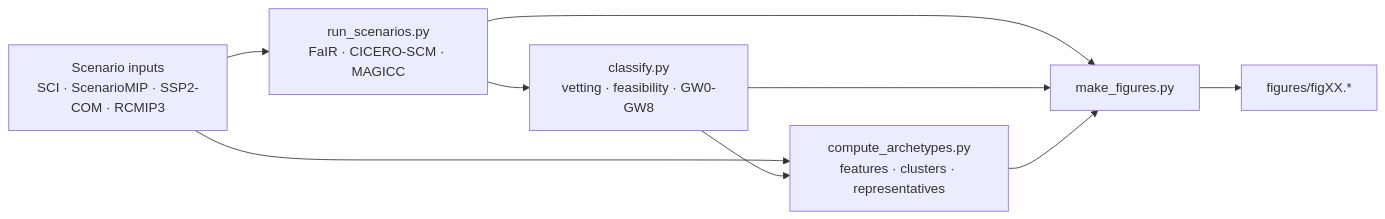
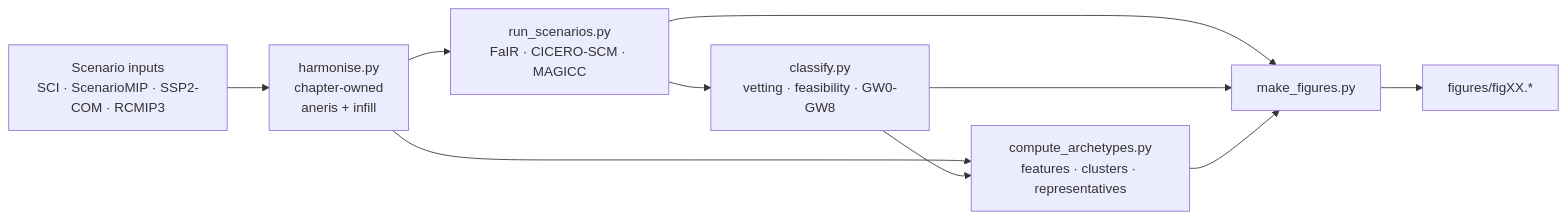
One commit to benmsanderson/ar7-ch5-ensemble changed the diagram in docs/index.md. Above: the diagram before and after it, drawn with Mermaid. The commit also changed other lines of this file and 3 other files, not shown here.

First line of the commit message:
docs: README + methods + index for chapter-owned harmonisation

````diff
--- a/docs/index.md
+++ b/docs/index.md
@@ -15,11 +15,12 @@
 ```mermaid
 flowchart LR
-    A[Scenario inputs<br/>SCI · ScenarioMIP · SSP2-COM · RCMIP3] --> B[run_scenarios.py<br/>FaIR · CICERO-SCM · MAGICC]
+    A[Scenario inputs<br/>SCI · ScenarioMIP · SSP2-COM · RCMIP3] --> H[harmonise.py<br/>chapter-owned<br/>aneris + infill]
+    H --> B[run_scenarios.py<br/>FaIR · CICERO-SCM · MAGICC]
     B --> C[classify.py<br/>vetting · feasibility · GW0-GW8]
-    A --> D[compute_archetypes.py<br/>features · clusters · representatives]
+    H --> D[compute_archetypes.py<br/>features · clusters · representatives]
     C --> D
     B --> E[make_figures.py]
     C --> E
     D --> E
     E --> F[figures/figXX.*]
 ```
````
